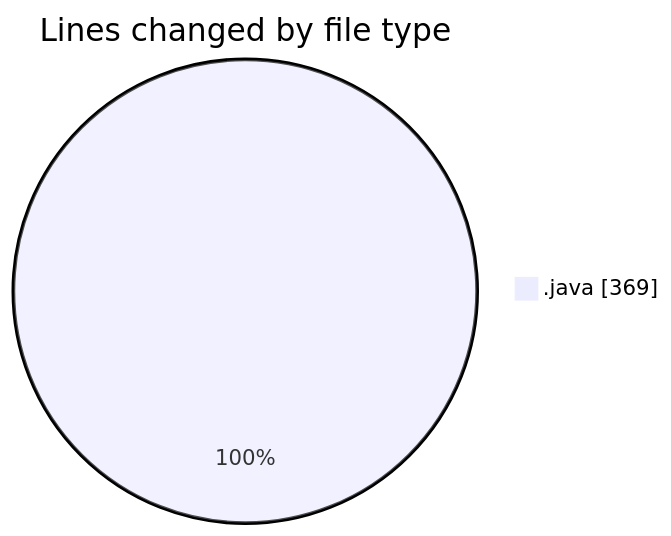
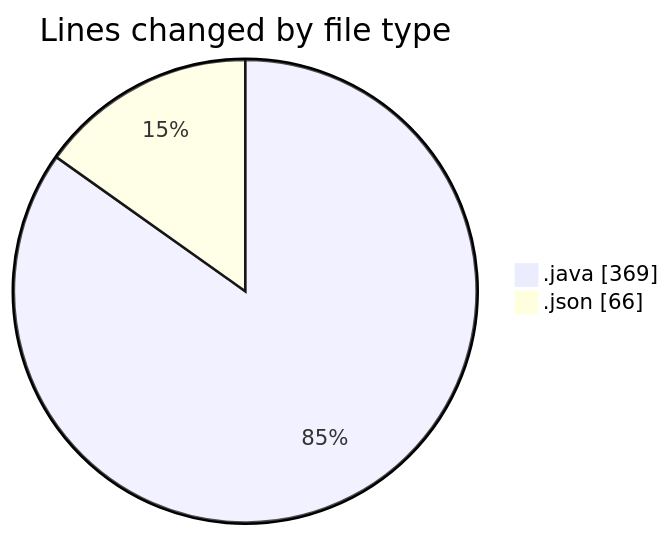
Before and after one commit to ricardozamudiocil/code-tracking: the first of 2 diagrams in 2026-05-22/cilapp/README.md, drawn with Mermaid. The commit also changed other lines of this file and 1 other file, not shown here.

````diff
--- a/2026-05-22/cilapp/README.md
+++ b/2026-05-22/cilapp/README.md
@@ -21,5 +22,6 @@
 ```mermaid
 pie showData
 title Lines changed by file type
 ".java" : 369
+".json" : 66
 ```
````
